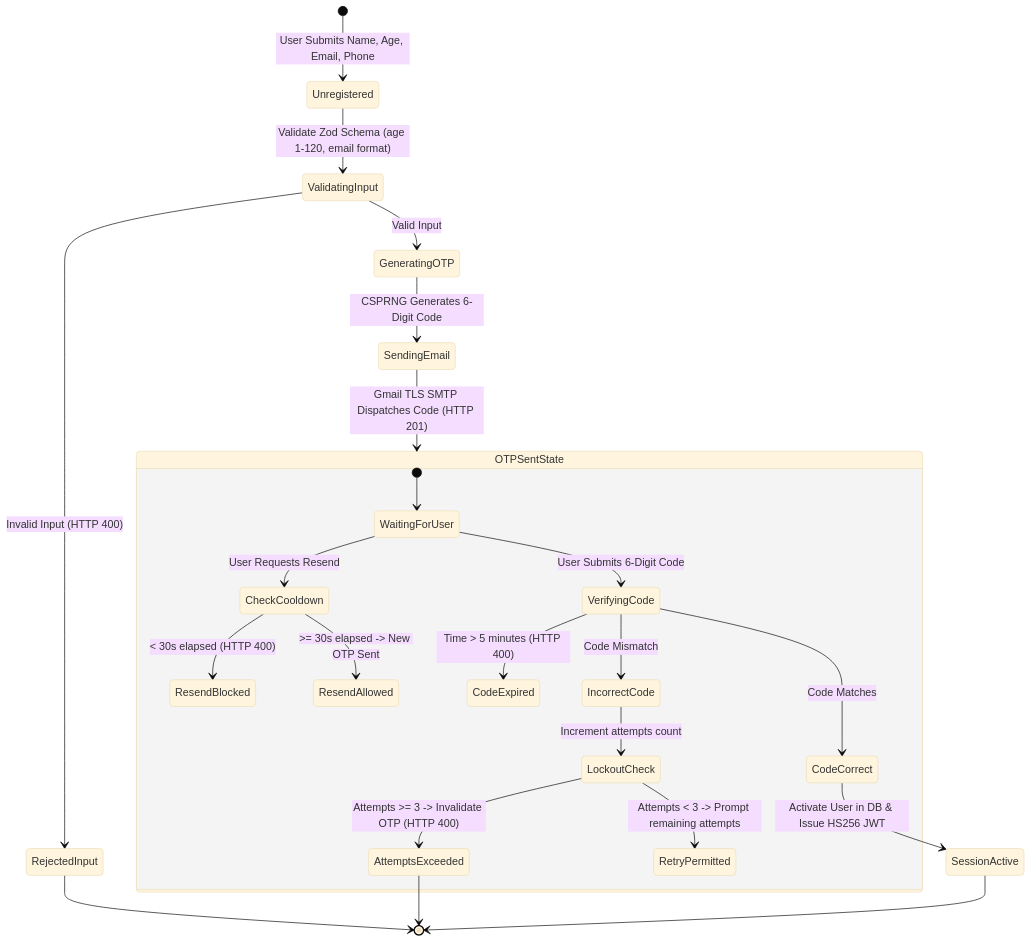
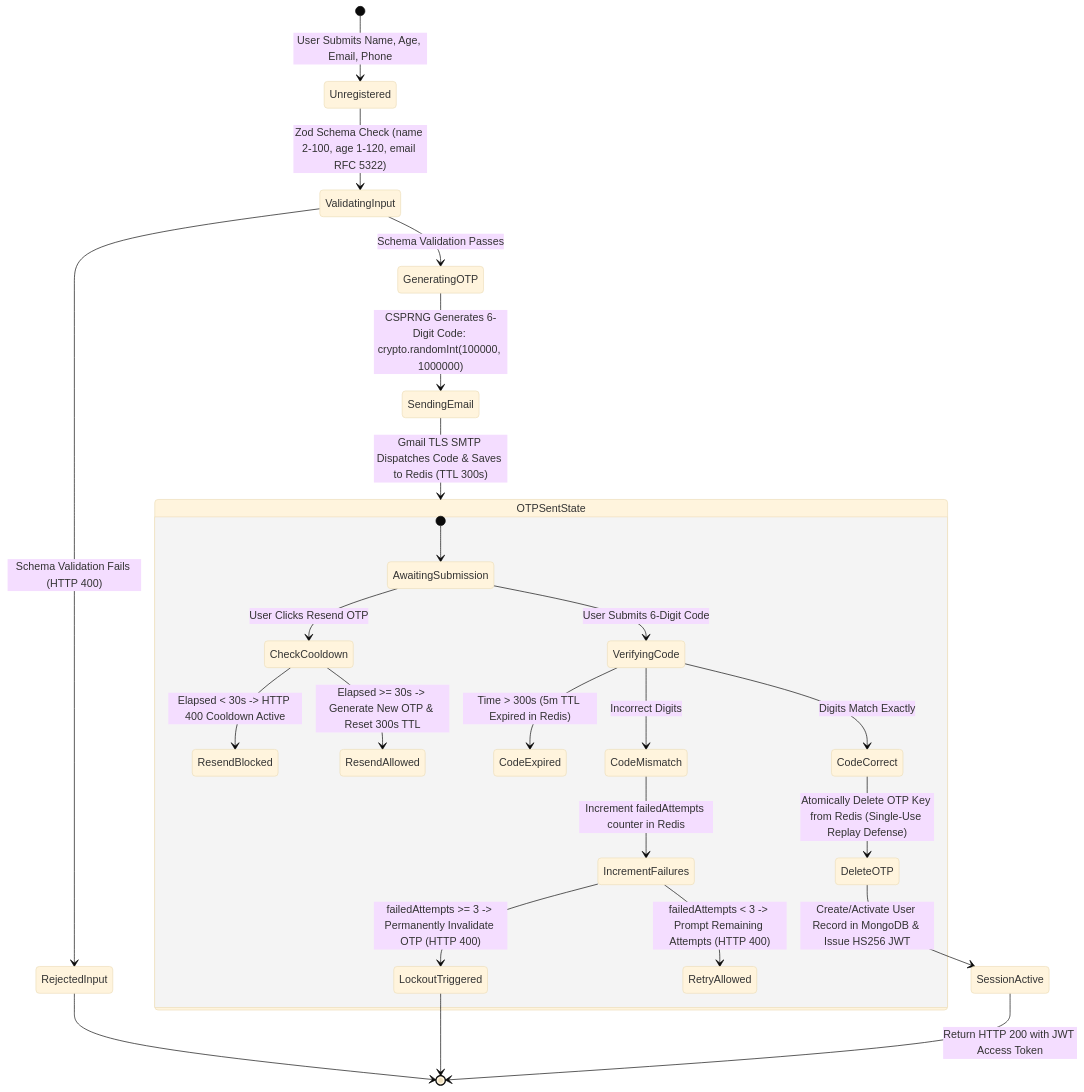
The sixth of 10 diagrams in flowchart.md (maitijit89/B-Map-Backend), drawn with Mermaid (base theme) before and after one commit. The commit also changed other lines of this file and 130 other files, not shown here.

````diff
--- a/flowchart.md
+++ b/flowchart.md
@@ -51,33 +232,34 @@
 ```mermaid
 stateDiagram-v2
     [*] --> Unregistered: User Submits Name, Age, Email, Phone
-    Unregistered --> ValidatingInput: Validate Zod Schema (age 1-120, email format)
+    Unregistered --> ValidatingInput: Zod Schema Check (name 2-100, age 1-120, email RFC 5322)
 
-    ValidatingInput --> RejectedInput: Invalid Input (HTTP 400)
+    ValidatingInput --> RejectedInput: Schema Validation Fails (HTTP 400)
     RejectedInput --> [*]
 
-    ValidatingInput --> GeneratingOTP: Valid Input
-    GeneratingOTP --> SendingEmail: CSPRNG Generates 6-Digit Code
-    SendingEmail --> OTPSentState: Gmail TLS SMTP Dispatches Code (HTTP 201)
+    ValidatingInput --> GeneratingOTP: Schema Validation Passes
+    GeneratingOTP --> SendingEmail: CSPRNG Generates 6-Digit Code: crypto.randomInt(100000, 1000000)
+    SendingEmail --> OTPSentState: Gmail TLS SMTP Dispatches Code & Saves to Redis (TTL 300s)
 
     state OTPSentState {
-        [*] --> WaitingForUser
-        WaitingForUser --> CheckCooldown: User Requests Resend
-        CheckCooldown --> ResendBlocked: < 30s elapsed (HTTP 400)
-        CheckCooldown --> ResendAllowed: >= 30s elapsed -> New OTP Sent
+        [*] --> AwaitingSubmission
+        AwaitingSubmission --> CheckCooldown: User Clicks Resend OTP
+        CheckCooldown --> ResendBlocked: Elapsed < 30s -> HTTP 400 Cooldown Active
+        CheckCooldown --> ResendAllowed: Elapsed >= 30s -> Generate New OTP & Reset 300s TTL
 
-        WaitingForUser --> VerifyingCode: User Submits 6-Digit Code
-        VerifyingCode --> CodeExpired: Time > 5 minutes (HTTP 400)
-        VerifyingCode --> IncorrectCode: Code Mismatch
-        IncorrectCode --> LockoutCheck: Increment attempts count
+        AwaitingSubmission --> VerifyingCode: User Submits 6-Digit Code
+        VerifyingCode --> CodeExpired: Time > 300s (5m TTL Expired in Redis)
+        VerifyingCode --> CodeMismatch: Incorrect Digits
+        CodeMismatch --> IncrementFailures: Increment failedAttempts counter in Redis
 
-        LockoutCheck --> AttemptsExceeded: Attempts >= 3 -> Invalidate OTP (HTTP 400)
-        LockoutCheck --> RetryPermitted: Attempts < 3 -> Prompt remaining attempts
+        IncrementFailures --> LockoutTriggered: failedAttempts >= 3 -> Permanently Invalidate OTP (HTTP 400)
+        IncrementFailures --> RetryAllowed: failedAttempts < 3 -> Prompt Remaining Attempts (HTTP 400)
 
-        VerifyingCode --> CodeCorrect: Code Matches
+        VerifyingCode --> CodeCorrect: Digits Match Exactly
+        CodeCorrect --> DeleteOTP: Atomically Delete OTP Key from Redis (Single-Use Replay Defense)
     }
 
-    AttemptsExceeded --> [*]
-    CodeCorrect --> SessionActive: Activate User in DB & Issue HS256 JWT
-    SessionActive --> [*]
+    LockoutTriggered --> [*]
+    DeleteOTP --> SessionActive: Create/Activate User Record in MongoDB & Issue HS256 JWT
+    SessionActive --> [*]: Return HTTP 200 with JWT Access Token
 ```
````
